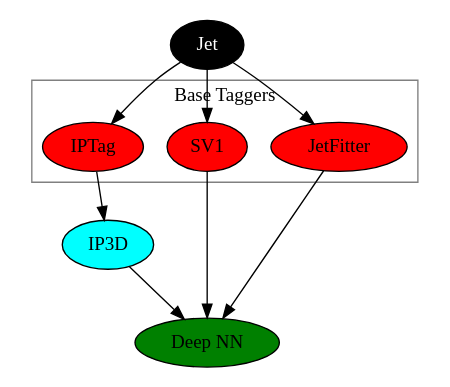
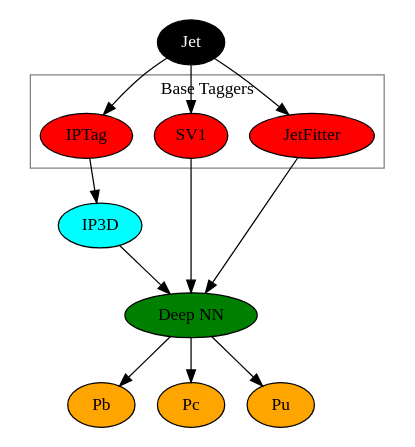
The diagram in dot/tagging-gaia-future.dot (dguest/graphviz-tagging), drawn with Graphviz before and after one commit.

Commit message:
add outputs to gaia-future

```diff
--- a/dot/tagging-gaia-future.dot
+++ b/dot/tagging-gaia-future.dot
@@ -1,27 +1,36 @@
 digraph g { 
 
 graph [size = "3, 3"]
 //label="Atlas Flavor Tagging Framework"
 jet  [label="Jet", fontcolor=white, style=filled, fillcolor=black]; 
 
 subgraph cluster_0{ 
 rank=same
 label="Base Taggers"
 color=gray
 iptag      [label="IPTag"     , style=filled, fillcolor=red]
 svtag      [label="SV1"       , style=filled, fillcolor=red]
 jetfitter  [label="JetFitter" , style=filled, fillcolor=red]
 }			
 jet -> iptag
 jet -> svtag
 jet -> jetfitter
 
 //subgraph {rank=same
 ip3d    [ label="IP3D"   , style=filled, fillcolor = cyan]
 sometag [ label="Deep NN"   , style=filled, fillcolor = green]
 iptag -> ip3d
 ip3d -> sometag
 svtag -> sometag
 jetfitter -> sometag
 
+pb [label="Pb", style=filled, fillcolor=orange]
+pc [label="Pc", style=filled, fillcolor=orange]
+pu [label="Pu", style=filled, fillcolor=orange]
+
+sometag -> pb
+sometag -> pc
+sometag -> pu
+
+
 }
```
